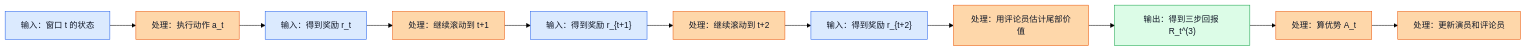
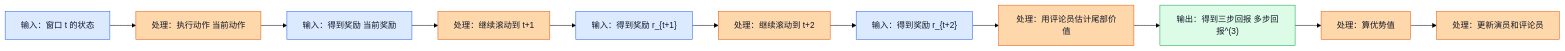
One commit to Mrphase/RL-Doc changed the second of 2 diagrams in learn/11_Actor_Critic_A2C.md. Above: the diagram before and after it, drawn with Mermaid (forest theme). The commit also changed other lines of this file and 14 other files, not shown here.

First line of the commit message:
fix: clean mermaid labels in learn docs

````diff
--- a/learn/11_Actor_Critic_A2C.md
+++ b/learn/11_Actor_Critic_A2C.md
@@ -422,21 +422,21 @@
 ```mermaid
 flowchart LR
-    A["输入：窗口 t 的状态"] --> B["处理：执行动作 a_t"]
-    B --> C["输入：得到奖励 r_t"]
+    A["输入：窗口 t 的状态"] --> B["处理：执行动作 当前动作"]
+    B --> C["输入：得到奖励 当前奖励"]
     C --> D["处理：继续滚动到 t+1"]
     D --> E["输入：得到奖励 r_{t+1}"]
     E --> F["处理：继续滚动到 t+2"]
     F --> G["输入：得到奖励 r_{t+2}"]
     G --> H["处理：用评论员估计尾部价值"]
-    H --> I["输出：得到三步回报 R_t^(3)"]
-    I --> J["处理：算优势 A_t"]
+    H --> I["输出：得到三步回报 多步回报^(3)"]
+    I --> J["处理：算优势值"]
     J --> K["处理：更新演员和评论员"]
 
     classDef input fill:#dbeafe,stroke:#2563eb,color:#111827;
     classDef process fill:#fed7aa,stroke:#ea580c,color:#111827;
     classDef output fill:#dcfce7,stroke:#16a34a,color:#111827;
 
     class A,C,E,G input;
     class B,D,F,H,J,K process;
     class I output;
 ```
````
